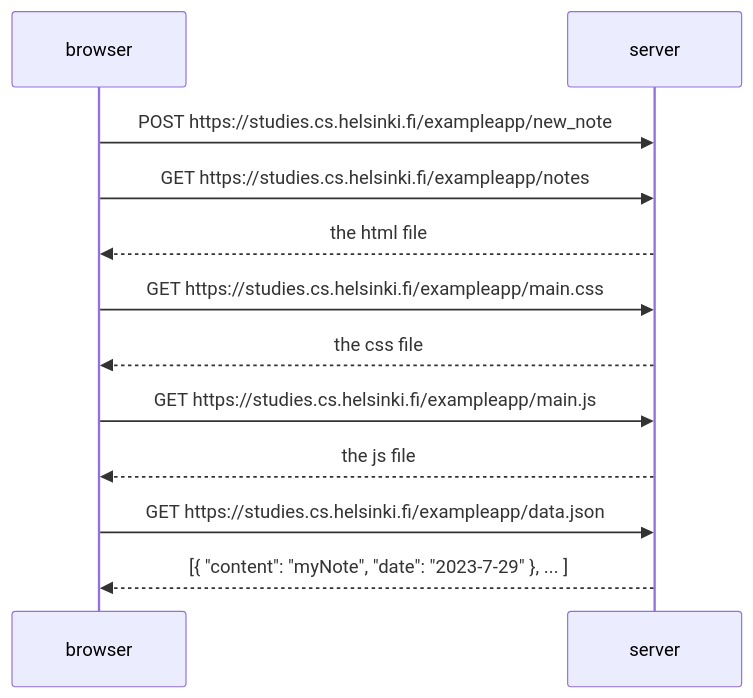
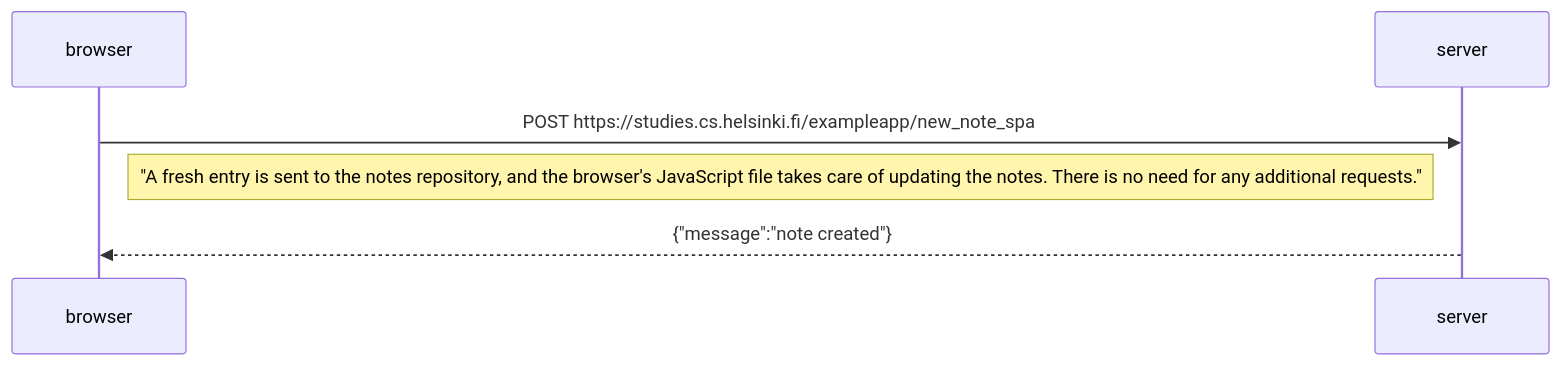
Before and after one commit to Rebuscado/fulllStackOpenSubmissions: the diagram in part0/06.md, drawn with Mermaid.

Commit message:
part0 completed

````diff
--- a/part0/06.md
+++ b/part0/06.md
@@ -1,20 +1,14 @@
 ```mermaid
 
 sequenceDiagram
     participant browser
     participant server
 
-    browser->>server: POST https://studies.cs.helsinki.fi/exampleapp/new_note
+    browser->>server: POST https://studies.cs.helsinki.fi/exampleapp/new_note_spa
 
-    browser->>server: GET https://studies.cs.helsinki.fi/exampleapp/notes
-    server-->>browser: the html file
-    browser->>server: GET https://studies.cs.helsinki.fi/exampleapp/main.css
-    server-->>browser: the css file
-    browser->>server: GET https://studies.cs.helsinki.fi/exampleapp/main.js
-    server-->>browser: the js file
-    
-    browser->>server: GET https://studies.cs.helsinki.fi/exampleapp/data.json
-    server-->>browser: [{ "content": "myNote", "date": "2023-7-29" }, ... ]
+    Note right of browser: "A fresh entry is sent to the notes repository, and the browser's JavaScript file takes care of updating the notes. There is no need for any additional requests."
+
+    server-->>browser: {"message":"note created"}
 
 
 ```
````
